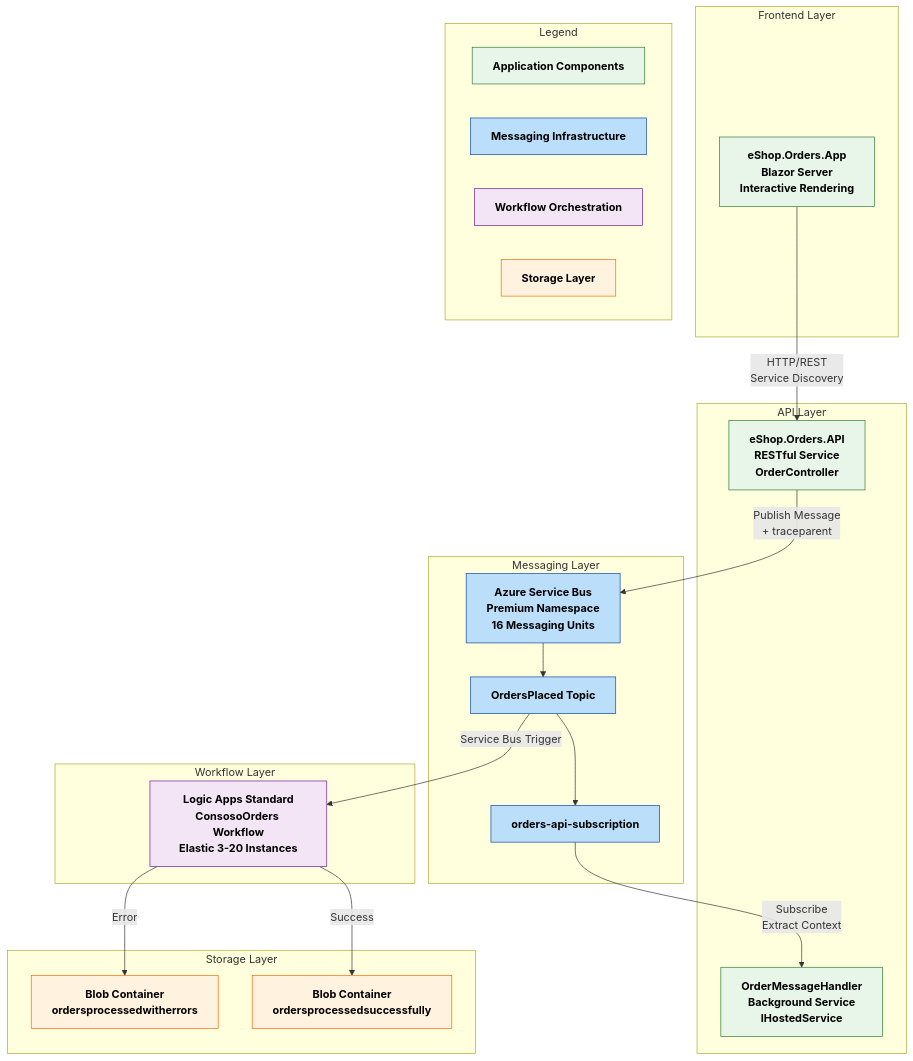
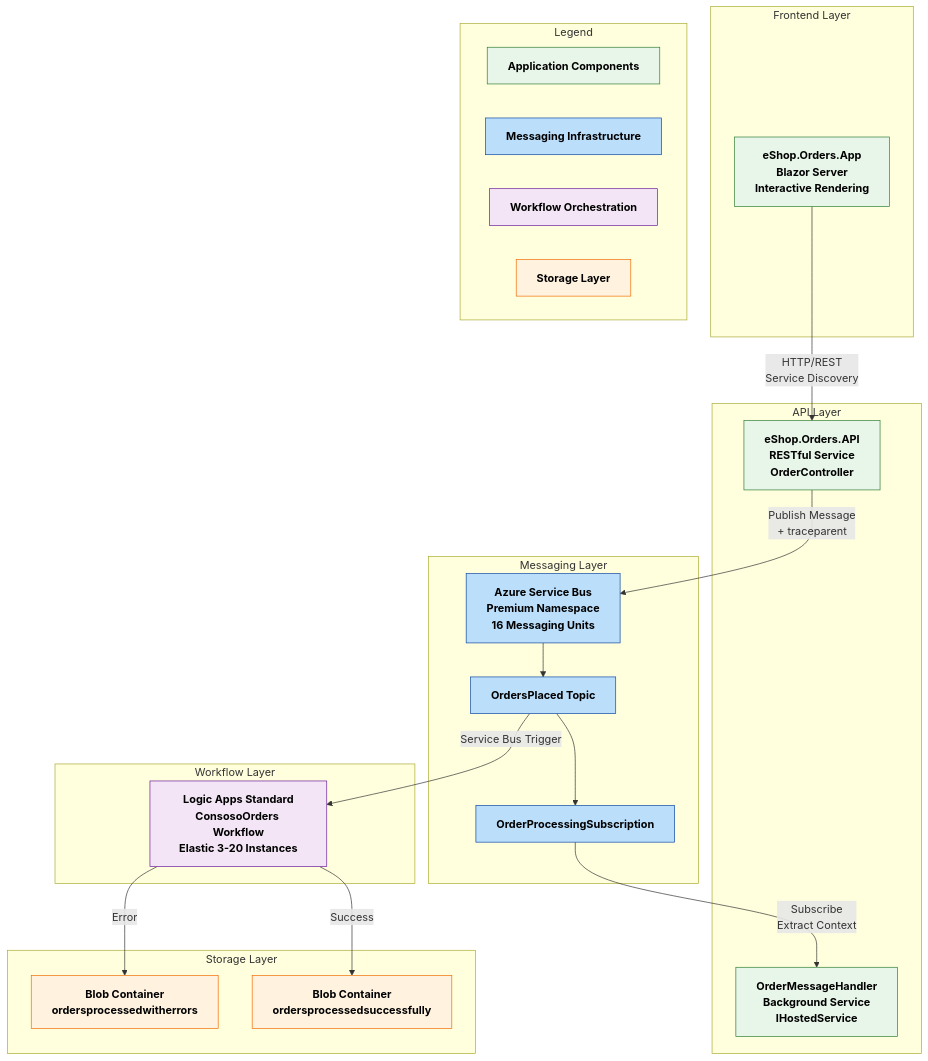
The second of 8 diagrams in README.md (Evilazaro/Azure-LogicApps-Monitoring), drawn with Mermaid before and after one commit. The commit also changed other lines of this file and 5 other files, not shown here.

Commit message:
Refactor Service Bus subscription names to use 'OrderProcessingSubscription' for consistency across configurations

````diff
--- a/README.md
+++ b/README.md
@@ -296,53 +296,53 @@
 ```mermaid
 graph TB
     subgraph "Frontend Layer"
         WEB[eShop.Orders.App<br/>Blazor Server<br/>Interactive Rendering]
     end
 
     subgraph "API Layer"
         API[eShop.Orders.API<br/>RESTful Service<br/>OrderController]
         MH[OrderMessageHandler<br/>Background Service<br/>IHostedService]
     end
 
     subgraph "Messaging Layer"
         SB[Azure Service Bus<br/>Premium Namespace<br/>16 Messaging Units]
         TOPIC[OrdersPlaced Topic]
-        SUB[orders-api-subscription]
+        SUB[OrderProcessingSubscription]
     end
 
     subgraph "Workflow Layer"
         LA[Logic Apps Standard<br/>ConsosoOrders Workflow<br/>Elastic 3-20 Instances]
     end
 
     subgraph "Storage Layer"
         BLOB_SUCCESS[Blob Container<br/>ordersprocessedsuccessfully]
         BLOB_ERROR[Blob Container<br/>ordersprocessedwitherrors]
     end
 
     WEB -->|HTTP/REST<br/>Service Discovery| API
     API -->|Publish Message<br/>+ traceparent| SB
     SB --> TOPIC
     TOPIC --> SUB
     SUB -->|Subscribe<br/>Extract Context| MH
     TOPIC -->|Service Bus Trigger| LA
     LA -->|Success| BLOB_SUCCESS
     LA -->|Error| BLOB_ERROR
 
     classDef app fill:#E8F5E9,stroke:#2E7D32,color:#000,font-weight:bold;
     classDef messaging fill:#BBDEFB,stroke:#0D47A1,color:#000,font-weight:bold;
     classDef workflow fill:#F3E5F5,stroke:#6A1B9A,color:#000,font-weight:bold;
     classDef storage fill:#FFF3E0,stroke:#EF6C00,color:#000,font-weight:bold;
 
     class WEB,API,MH app;
     class SB,TOPIC,SUB messaging;
     class LA workflow;
     class BLOB_SUCCESS,BLOB_ERROR storage;
     
     %% Legend
     subgraph Legend
         L1[Application Components]:::app
         L2[Messaging Infrastructure]:::messaging
         L3[Workflow Orchestration]:::workflow
         L4[Storage Layer]:::storage
     end
 ```
````
